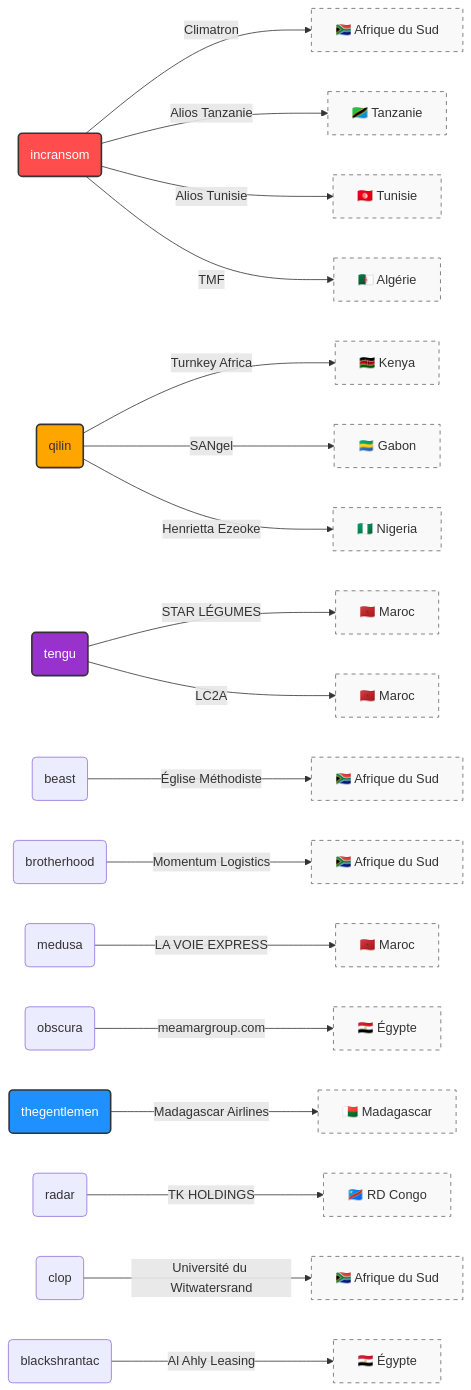
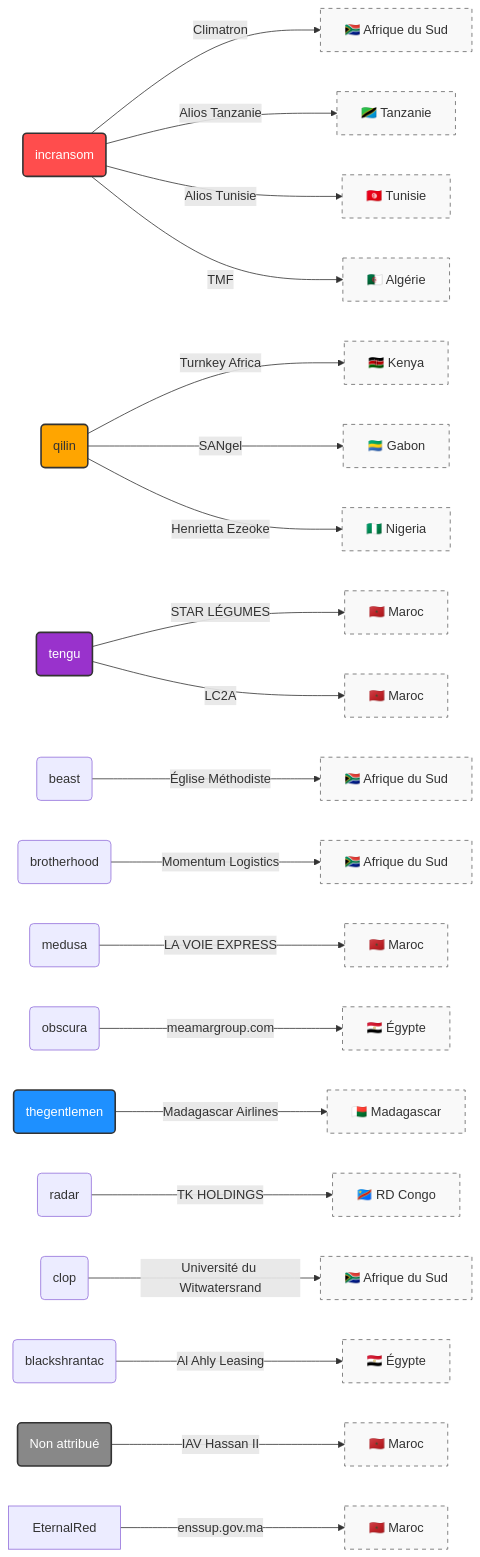
One commit to Hatchepsoute/AFRINTEL changed the third of 3 diagrams in CyberAttackAfrica/2025/10-october/README_FR.md. Above: the diagram before and after it, drawn with Mermaid. The commit also changed other lines of this file and 255 other files, not shown here.

````diff
--- a/CyberAttackAfrica/2025/10-october/README_FR.md
+++ b/CyberAttackAfrica/2025/10-october/README_FR.md
@@ -159,37 +165,40 @@
 ```mermaid
 graph LR
     %% Relations incransom
     incransom(incransom) -->|Climatron| SA1["🇿🇦 Afrique du Sud"]
     incransom -->|Alios Tanzanie| Tanzania["🇹🇿 Tanzanie"]
     incransom -->|Alios Tunisie| Tunisia["🇹🇳 Tunisie"]
     incransom -->|TMF| Algeria["🇩🇿 Algérie"]
 
     %% Relations qilin
     qilin(qilin) -->|Turnkey Africa| Kenya["🇰🇪 Kenya"]
     qilin -->|SANgel| Gabon["🇬🇦 Gabon"]
     qilin -->|Henrietta Ezeoke| Nigeria["🇳🇬 Nigeria"]
 
     %% Relations tengu
     tengu(tengu) -->|STAR LÉGUMES| Morocco1["🇲🇦 Maroc"]
     tengu -->|LC2A| Morocco2["🇲🇦 Maroc"]
 
     %% Autres acteurs
     beast(beast) -->|Église Méthodiste| SA2["🇿🇦 Afrique du Sud"]
     brotherhood(brotherhood) -->|Momentum Logistics| SA4["🇿🇦 Afrique du Sud"]
     medusa(medusa) -->|LA VOIE EXPRESS| Morocco3["🇲🇦 Maroc"]
     obscura(obscura) -->|meamargroup.com| Egypt1["🇪🇬 Égypte"]
     thegentlemen(thegentlemen) -->|Madagascar Airlines| Madagascar["🇲🇬 Madagascar"]
     radar(radar) -->|TK HOLDINGS| DRC["🇨🇩 RD Congo"]
     clop(clop) -->|Université du Witwatersrand| SA5["🇿🇦 Afrique du Sud"]
     blackshrantac(blackshrantac) -->|Al Ahly Leasing| Egypt2["🇪🇬 Égypte"]
+    NonAttribue(Non attribué) -->|IAV Hassan II| Morocco4["🇲🇦 Maroc"]
+    EternalRed -->|enssup.gov.ma| Morocco5["🇲🇦 Maroc"]
 
     %% Styles et Couleurs
     style incransom fill:#ff4d4d,stroke:#333,stroke-width:2px,color:#fff
     style qilin fill:#ffa500,stroke:#333,stroke-width:2px
     style tengu fill:#9932cc,stroke:#333,stroke-width:2px,color:#fff
     style thegentlemen fill:#1e90ff,stroke:#333,stroke-width:2px,color:#fff
+    style NonAttribue fill:#888,stroke:#333,stroke-width:2px,color:#fff
     
     %% Style des pays (Nodes de destination)
     classDef country fill:#f9f9f9,stroke:#666,stroke-dasharray: 5 5
-    class SA1,SA2,SA4,SA5,Tanzania,Tunisia,Algeria,Kenya,Gabon,Nigeria,Morocco1,Morocco2,Morocco3,Egypt1,Egypt2,Madagascar,DRC country
+    class SA1,SA2,SA4,SA5,Tanzania,Tunisia,Algeria,Kenya,Gabon,Nigeria,Morocco1,Morocco2,Morocco3,Morocco4,Morocco5,Egypt1,Egypt2,Madagascar,DRC country
 ```
````
